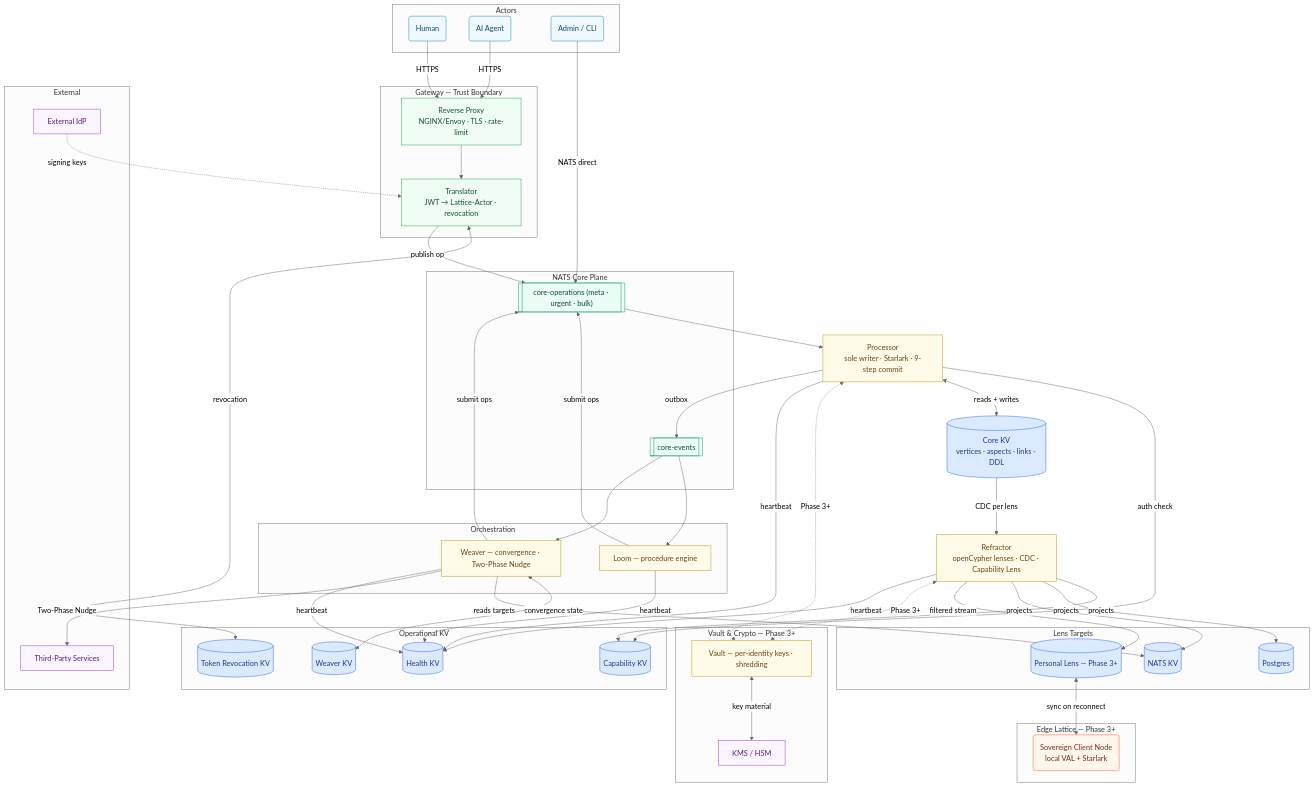
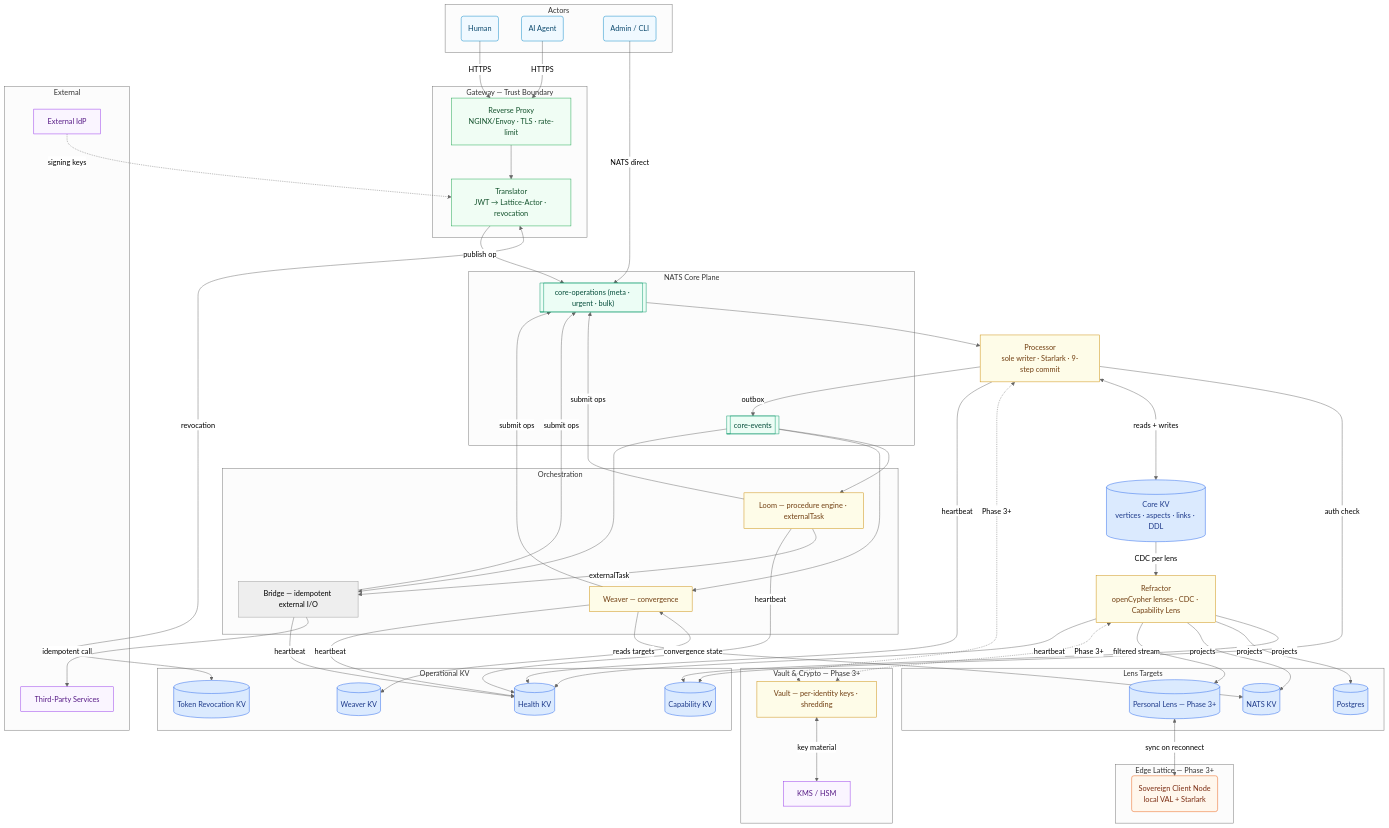
The diagram in docs/architecture-overview.md (asolgan/lattice), drawn with Mermaid (neutral theme) before and after one commit. The commit also changed other lines of this file and 37 other files, not shown here.

First line of the commit message:
feat(weaver): retire the Two-Phase Nudge plane (Story 13.5)

```diff
--- a/docs/architecture-overview.md
+++ b/docs/architecture-overview.md
@@ -37,8 +37,9 @@
     end
 
     subgraph Orch["Orchestration"]
-        Loom["Loom — procedure engine"]
-        Weaver["Weaver — convergence · Two-Phase Nudge"]
+        Loom["Loom — procedure engine · externalTask"]
+        Weaver["Weaver — convergence"]
+        Bridge["Bridge — idempotent external I/O"]
     end
 
     subgraph VaultExt["Vault & Crypto — Phase 3+"]
@@ -70,14 +71,15 @@
     Refr -->|filtered stream| PLens
     Refr <-.->|Phase 3+| Vault
 
-    Evts --> Loom & Weaver
-    Loom & Weaver -->|submit ops| Ops
+    Evts --> Loom & Weaver & Bridge
+    Loom & Weaver & Bridge -->|submit ops| Ops
     Weaver <-->|convergence state| WeavKV
     Weaver -->|reads targets| NKV
-    Weaver -->|Two-Phase Nudge| Svc
+    Loom -->|externalTask| Bridge
+    Bridge -->|idempotent call| Svc
     Vault <-->|key material| KMS
 
-    Proc & Refr & Loom & Weaver -->|heartbeat| HealthKV
+    Proc & Refr & Loom & Weaver & Bridge -->|heartbeat| HealthKV
     PLens <-->|sync on reconnect| EdgeNode
 
     classDef store fill:#dbeafe,stroke:#2563eb,color:#1e3a8a
```
